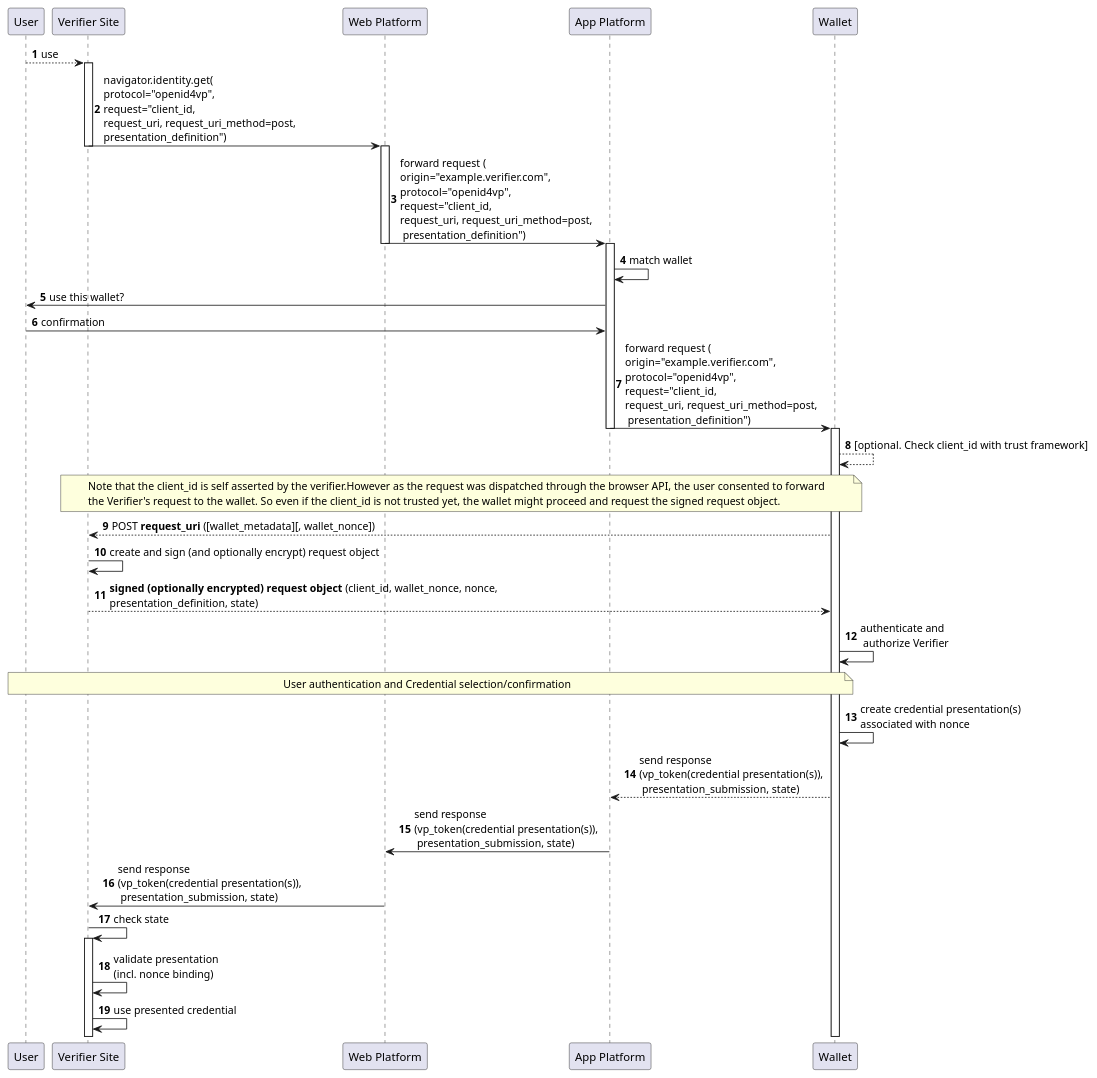
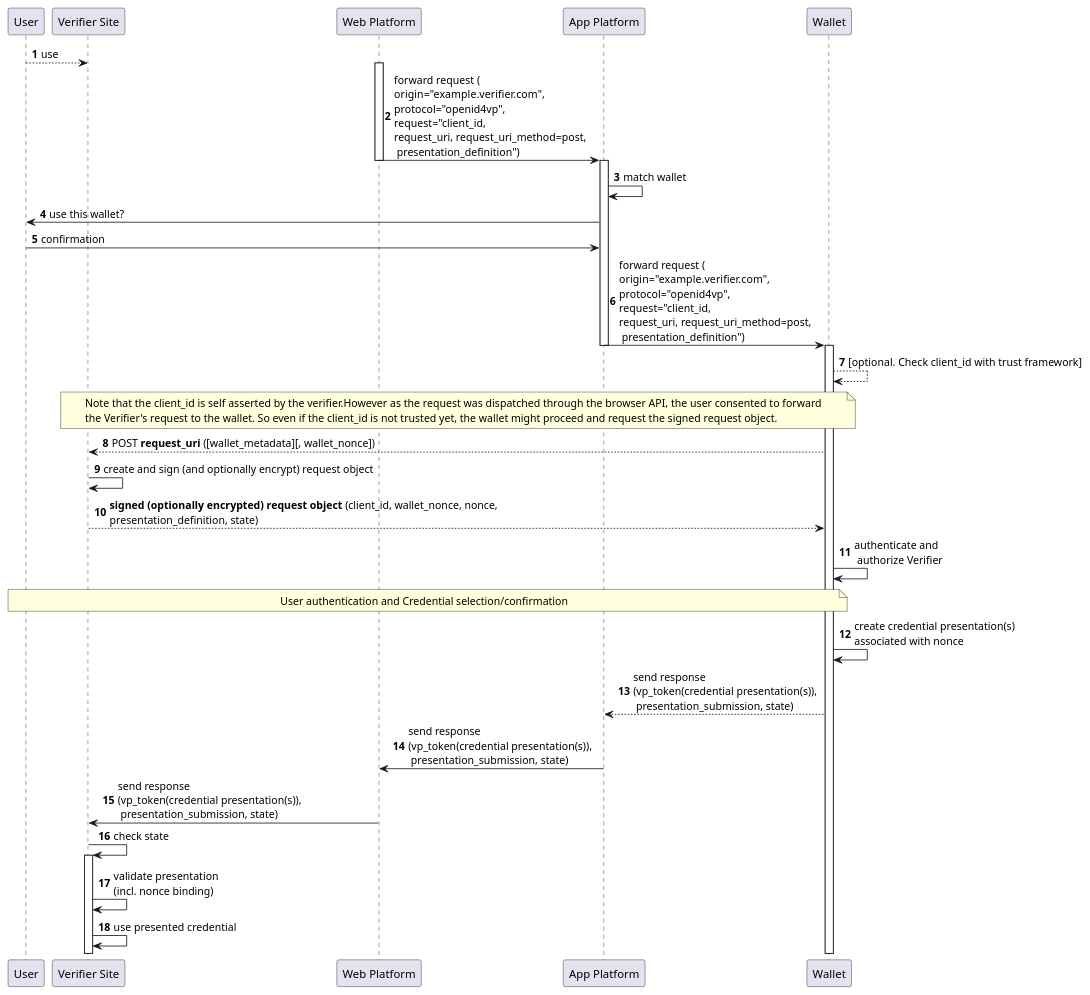
One commit to openid/OpenID4VP changed the diagram in diagrams/request_uri_mode_post_through_browser_api.md. Above: the diagram before and after it, drawn with PlantUML. The commit also changed 3 other files, not shown here.

````diff
--- a/diagrams/request_uri_mode_post_through_browser_api.md
+++ b/diagrams/request_uri_mode_post_through_browser_api.md
@@ -1,57 +1,53 @@
 ```plantuml
 @startuml
 
 autonumber
 
 participant "User" as u
 
 participant "Verifier Site" as r
 
 participant "Web Platform" as wp
 
 participant "App Platform" as ap
 
 participant "Wallet" as w
 
 u --> r : use
-activate r
 
-r -> wp: navigator.identity.get(\nprotocol="openid4vp",\nrequest="client_id, \nrequest_uri, request_uri_method=post, \npresentation_definition")
-
-deactivate r
 activate wp
 
 wp -> ap: forward request (\norigin="example.verifier.com",\nprotocol="openid4vp",\nrequest="client_id, \nrequest_uri, request_uri_method=post,\n presentation_definition")
 deactivate wp
 activate ap
 
 ap -> ap: match wallet
 ap -> u: use this wallet?
 u -> ap: confirmation
 
 ap -> w: forward request (\norigin="example.verifier.com",\nprotocol="openid4vp",\nrequest="client_id, \nrequest_uri, request_uri_method=post,\n presentation_definition")
 deactivate ap
 
 activate w
 w --> w: [optional. Check client_id with trust framework]
 note over r,w
     Note that the client_id is self asserted by the verifier.However as the request was dispatched through the browser API, the user consented to forward 
     the Verifier's request to the wallet. So even if the client_id is not trusted yet, the wallet might proceed and request the signed request object.
 end note
 w --> r: POST **request_uri** ([wallet_metadata][, wallet_nonce])
 r -> r: create and sign (and optionally encrypt) request object 
 r --> w: **signed (optionally encrypted) request object** (client_id, wallet_nonce, nonce, \npresentation_definition, state)
 w -> w: authenticate and\n authorize Verifier
 
 note over u, w: User authentication and Credential selection/confirmation
 
 w -> w: create credential presentation(s) \nassociated with nonce
 w --> ap: send response \n(vp_token(credential presentation(s)),\n presentation_submission, state)
 ap -> wp: send response \n(vp_token(credential presentation(s)),\n presentation_submission, state)
 wp -> r: send response \n(vp_token(credential presentation(s)),\n presentation_submission, state)
 r -> r: check state
 activate r
 r -> r: validate presentation \n(incl. nonce binding)
 r -> r: use presented credential 
 @enduml
 ```
````
